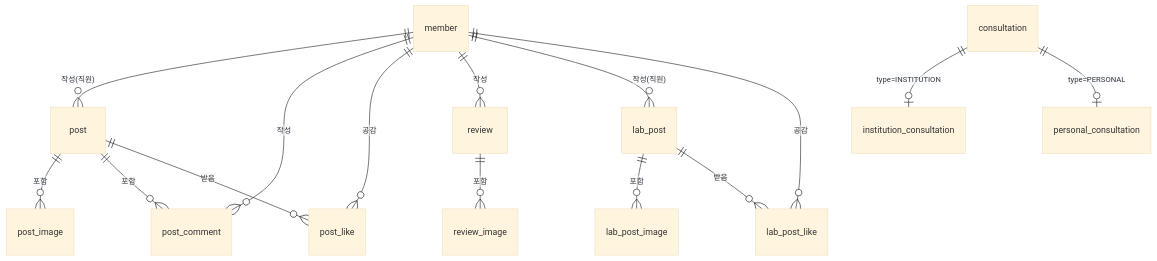
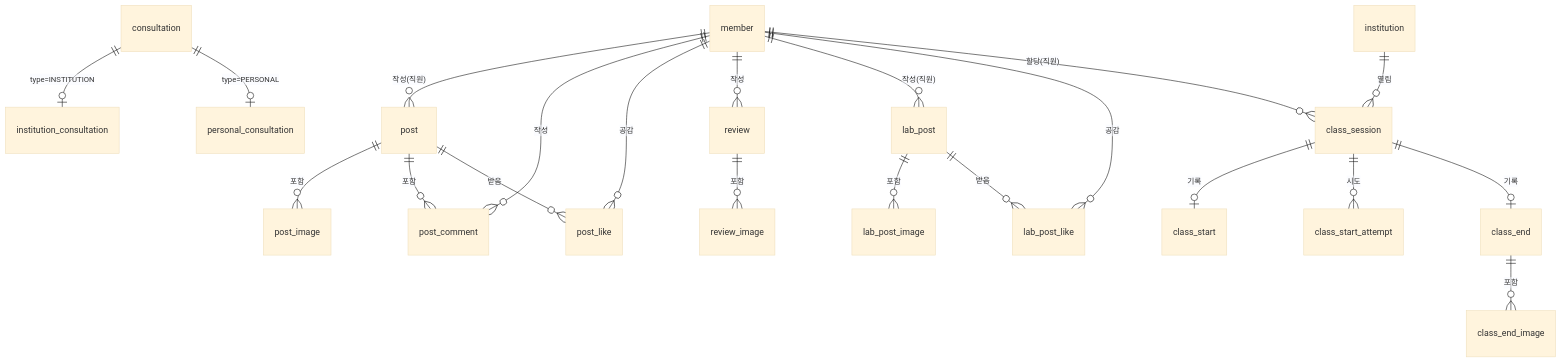
Before and after one commit to Hi-Imjaeyoung/MongKids: the diagram in back/docs/schema.md, drawn with Mermaid (base theme). The commit also changed other lines of this file and 82 other files, not shown here.

````diff
--- a/back/docs/schema.md
+++ b/back/docs/schema.md
@@ -20,17 +20,23 @@
 ```mermaid
 erDiagram
 	member ||--o{ post : "작성(직원)"
 	member ||--o{ post_comment : 작성
 	member ||--o{ post_like : 공감
 	member ||--o{ review : 작성
 	post ||--o{ post_image : 포함
 	post ||--o{ post_comment : 포함
 	post ||--o{ post_like : 받음
 	member ||--o{ lab_post : "작성(직원)"
 	member ||--o{ lab_post_like : 공감
 	lab_post ||--o{ lab_post_image : 포함
 	lab_post ||--o{ lab_post_like : 받음
 	review ||--o{ review_image : 포함
 	consultation ||--o| institution_consultation : "type=INSTITUTION"
 	consultation ||--o| personal_consultation : "type=PERSONAL"
+	institution ||--o{ class_session : 열림
+	member ||--o{ class_session : "할당(직원)"
+	class_session ||--o| class_start : 기록
+	class_session ||--o{ class_start_attempt : 시도
+	class_session ||--o| class_end : 기록
+	class_end ||--o{ class_end_image : 포함
 ```
````
